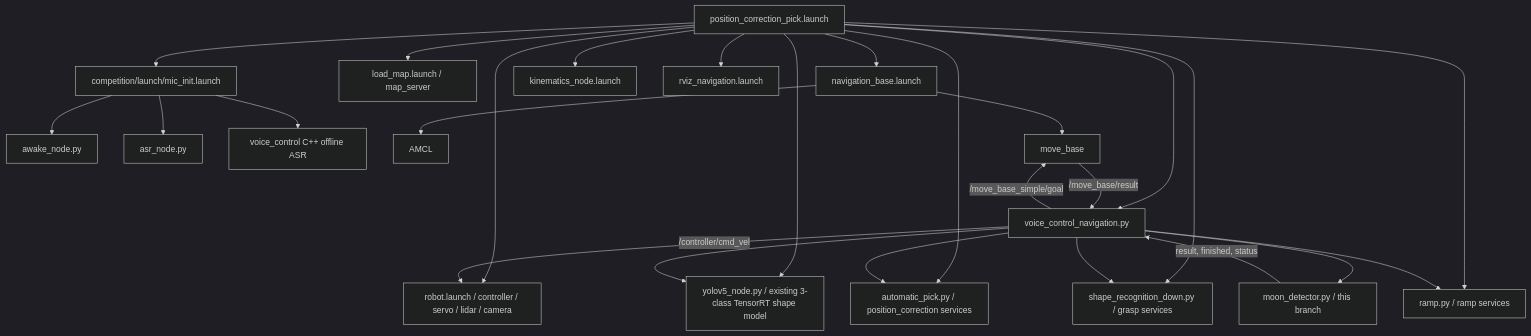
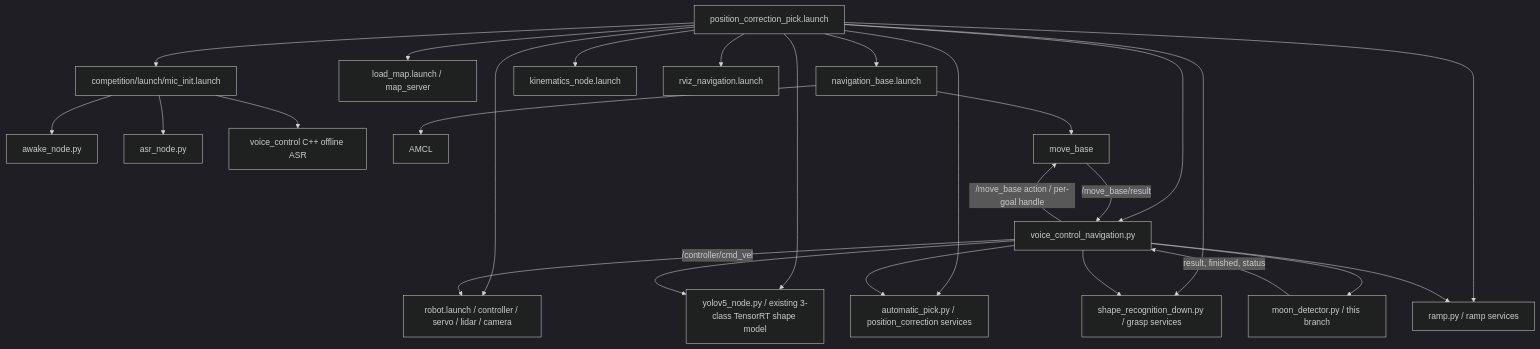
Before and after one commit to zhutongkun/yueqiu: the first of 3 diagrams in docs/current_competition_architecture.md, drawn with Mermaid (dark theme). The commit also changed other lines of this file and 10 other files, not shown here.

````diff
--- a/docs/current_competition_architecture.md
+++ b/docs/current_competition_architecture.md
@@ -13,28 +13,28 @@
 ```mermaid
 flowchart TD
     L["position_correction_pick.launch"] --> MIC["competition/launch/mic_init.launch"]
     MIC --> AWAKE["awake_node.py"]
     MIC --> ASR["asr_node.py"]
     MIC --> VC["voice_control C++ offline ASR"]
     L --> MAP["load_map.launch / map_server"]
     L --> ROBOT["robot.launch / controller / servo / lidar / camera"]
     L --> NAV["navigation_base.launch"]
     NAV --> AMCL["AMCL"]
     NAV --> MB["move_base"]
     L --> YOLO["yolov5_node.py / existing 3-class TensorRT shape model"]
     L --> KIN["kinematics_node.launch"]
     L --> ALIGN["automatic_pick.py / position_correction services"]
     L --> SHAPE["shape_recognition_down.py / grasp services"]
     L --> RAMP["ramp.py / ramp services"]
     L --> MAIN["voice_control_navigation.py"]
     L --> RVIZ["rviz_navigation.launch"]
-    MAIN -->|"/move_base_simple/goal"| MB
+    MAIN -->|"/move_base action / per-goal handle"| MB
     MB -->|"/move_base/result"| MAIN
     MAIN -->|"/controller/cmd_vel"| ROBOT
     MAIN --> ALIGN
     MAIN --> SHAPE
     MAIN --> RAMP
     MAIN --> YOLO
     MAIN --> MOON["moon_detector.py / this branch"]
     MOON -->|"result, finished, status"| MAIN
 ```
````
